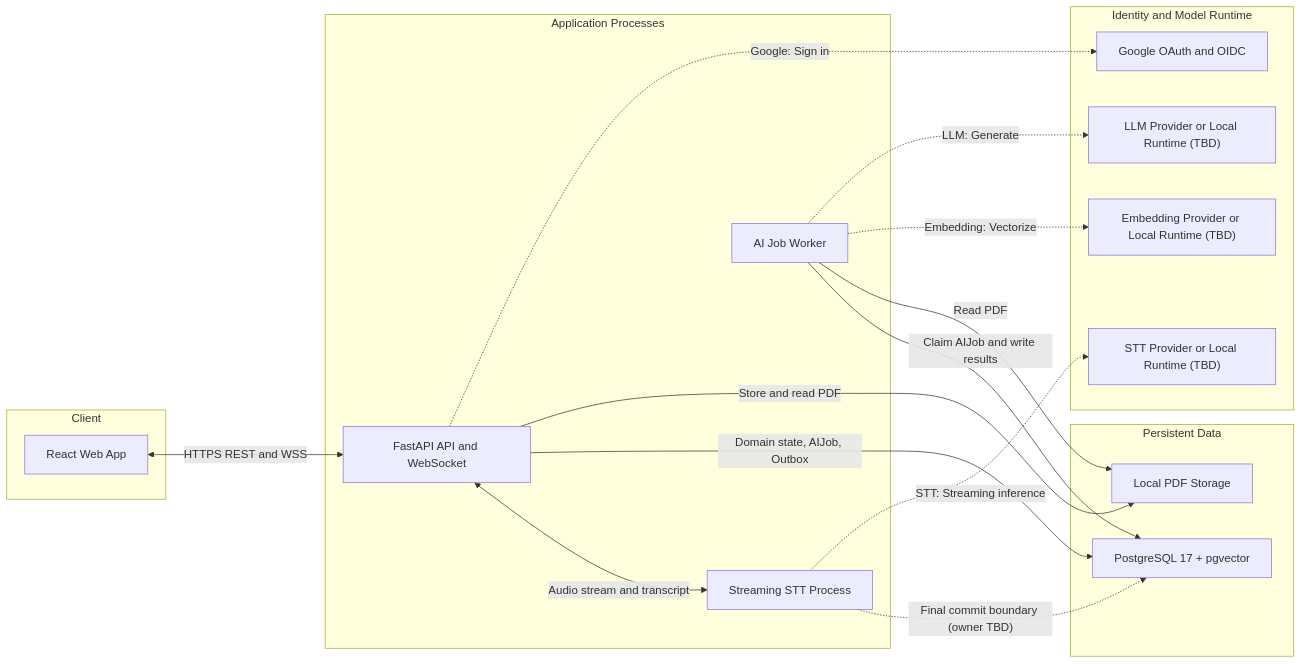
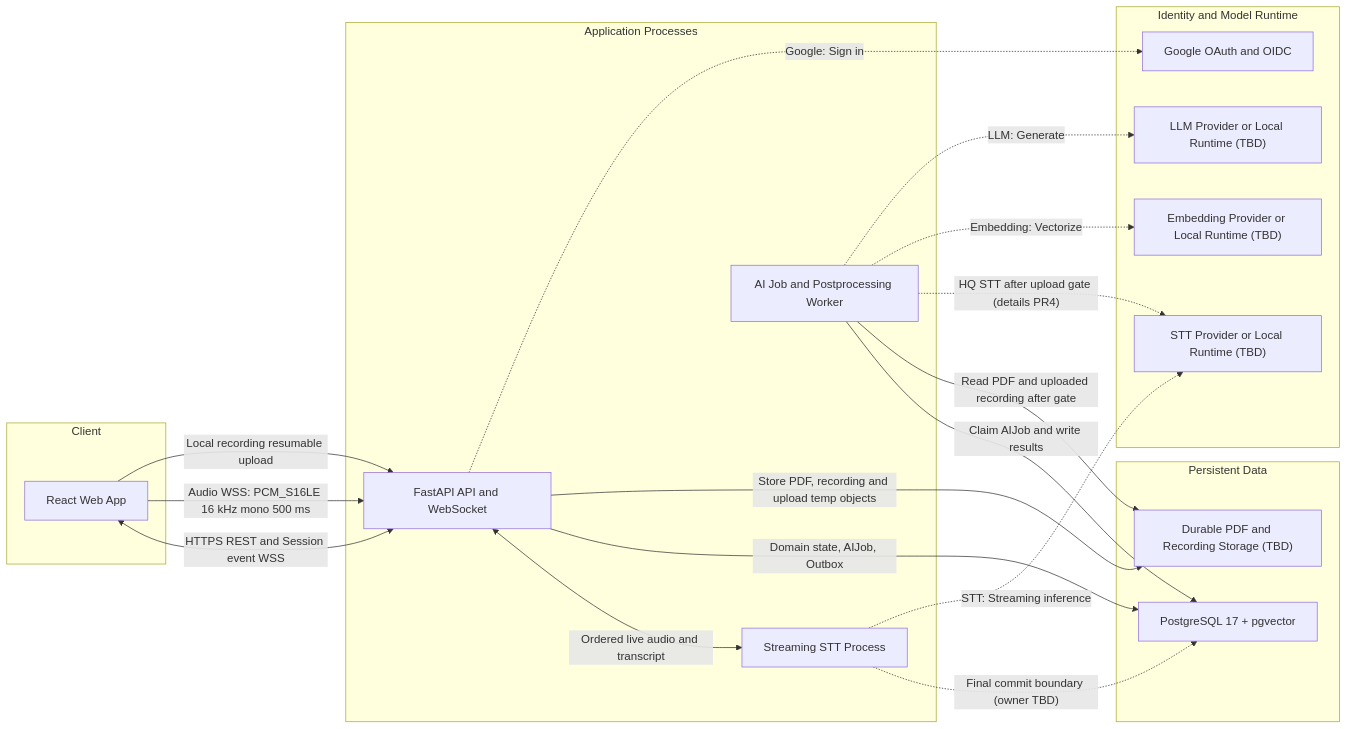
One commit to madcamp-official/26s-w2-c2-08 changed the second of 6 diagrams in docs/architecture/시스템구성도.md. Above: the diagram before and after it, drawn with Mermaid. The commit also changed other lines of this file and 1 other file, not shown here.

````diff
--- a/docs/architecture/시스템구성도.md
+++ b/docs/architecture/시스템구성도.md
@@ -100,36 +100,39 @@
 ```mermaid
 flowchart LR
     subgraph client ["Client"]
         webApp["React Web App"]
     end
 
     subgraph service ["Application Processes"]
         apiServer["FastAPI API and WebSocket"]
         streamingStt["Streaming STT Process"]
-        aiWorker["AI Job Worker"]
+        aiWorker["AI Job and Postprocessing Worker"]
     end
 
     subgraph datastore ["Persistent Data"]
         postgres["PostgreSQL 17 + pgvector"]
-        fileStore["Local PDF Storage"]
+        fileStore["Durable PDF and Recording Storage (TBD)"]
     end
 
     subgraph external ["Identity and Model Runtime"]
         googleOidc["Google OAuth and OIDC"]
         sttRuntime["STT Provider or Local Runtime (TBD)"]
         embeddingRuntime["Embedding Provider or Local Runtime (TBD)"]
         llmRuntime["LLM Provider or Local Runtime (TBD)"]
     end
 
-    webApp <-->|"HTTPS REST and WSS"| apiServer
-    apiServer <-->|"Audio stream and transcript"| streamingStt
+    webApp <-->|"HTTPS REST and Session event WSS"| apiServer
+    webApp -->|"Audio WSS: PCM_S16LE 16 kHz mono 500 ms"| apiServer
+    webApp -->|"Local recording resumable upload"| apiServer
+    apiServer <-->|"Ordered live audio and transcript"| streamingStt
     apiServer -->|"Domain state, AIJob, Outbox"| postgres
-    apiServer -->|"Store and read PDF"| fileStore
+    apiServer -->|"Store PDF, recording and upload temp objects"| fileStore
     streamingStt -.->|"Final commit boundary (owner TBD)"| postgres
     aiWorker -->|"Claim AIJob and write results"| postgres
-    aiWorker -->|"Read PDF"| fileStore
+    aiWorker -->|"Read PDF and uploaded recording after gate"| fileStore
     apiServer -.->|"Google: Sign in"| googleOidc
     streamingStt -.->|"STT: Streaming inference"| sttRuntime
+    aiWorker -.->|"HQ STT after upload gate (details PR4)"| sttRuntime
     aiWorker -.->|"Embedding: Vectorize"| embeddingRuntime
     aiWorker -.->|"LLM: Generate"| llmRuntime
 ```
````
